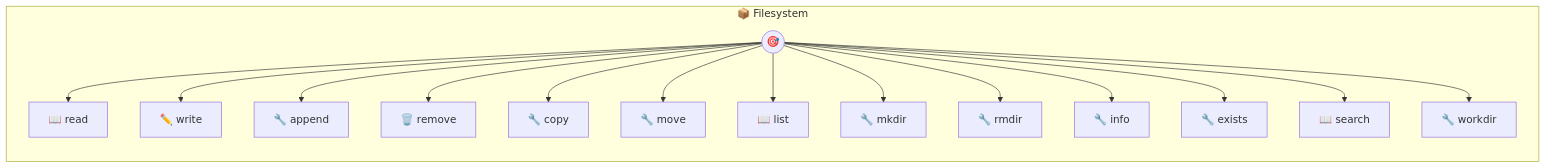
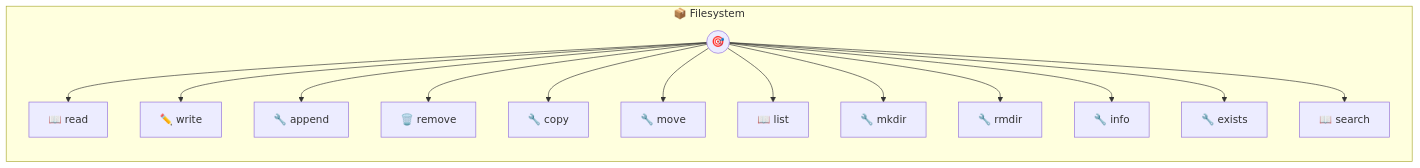
Before and after one commit to portel-dev/photons: the diagram in filesystem.md, drawn with Mermaid. The commit also changed other lines of this file and 14 other files, not shown here.

First line of the commit message:
refactor: simplify code-diagram, git, web, filesystem photons

````diff
--- a/filesystem.md
+++ b/filesystem.md
@@ -248,33 +231,31 @@
 ```mermaid
 flowchart LR
     subgraph filesystem["📦 Filesystem"]
         direction TB
         PHOTON((🎯))
         T0[📖 read]
         PHOTON --> T0
         T1[✏️ write]
         PHOTON --> T1
         T2[🔧 append]
         PHOTON --> T2
         T3[🗑️ remove]
         PHOTON --> T3
         T4[🔧 copy]
         PHOTON --> T4
         T5[🔧 move]
         PHOTON --> T5
         T6[📖 list]
         PHOTON --> T6
         T7[🔧 mkdir]
         PHOTON --> T7
         T8[🔧 rmdir]
         PHOTON --> T8
         T9[🔧 info]
         PHOTON --> T9
         T10[🔧 exists]
         PHOTON --> T10
         T11[📖 search]
         PHOTON --> T11
-        T12[🔧 workdir]
-        PHOTON --> T12
     end
 ```
````
